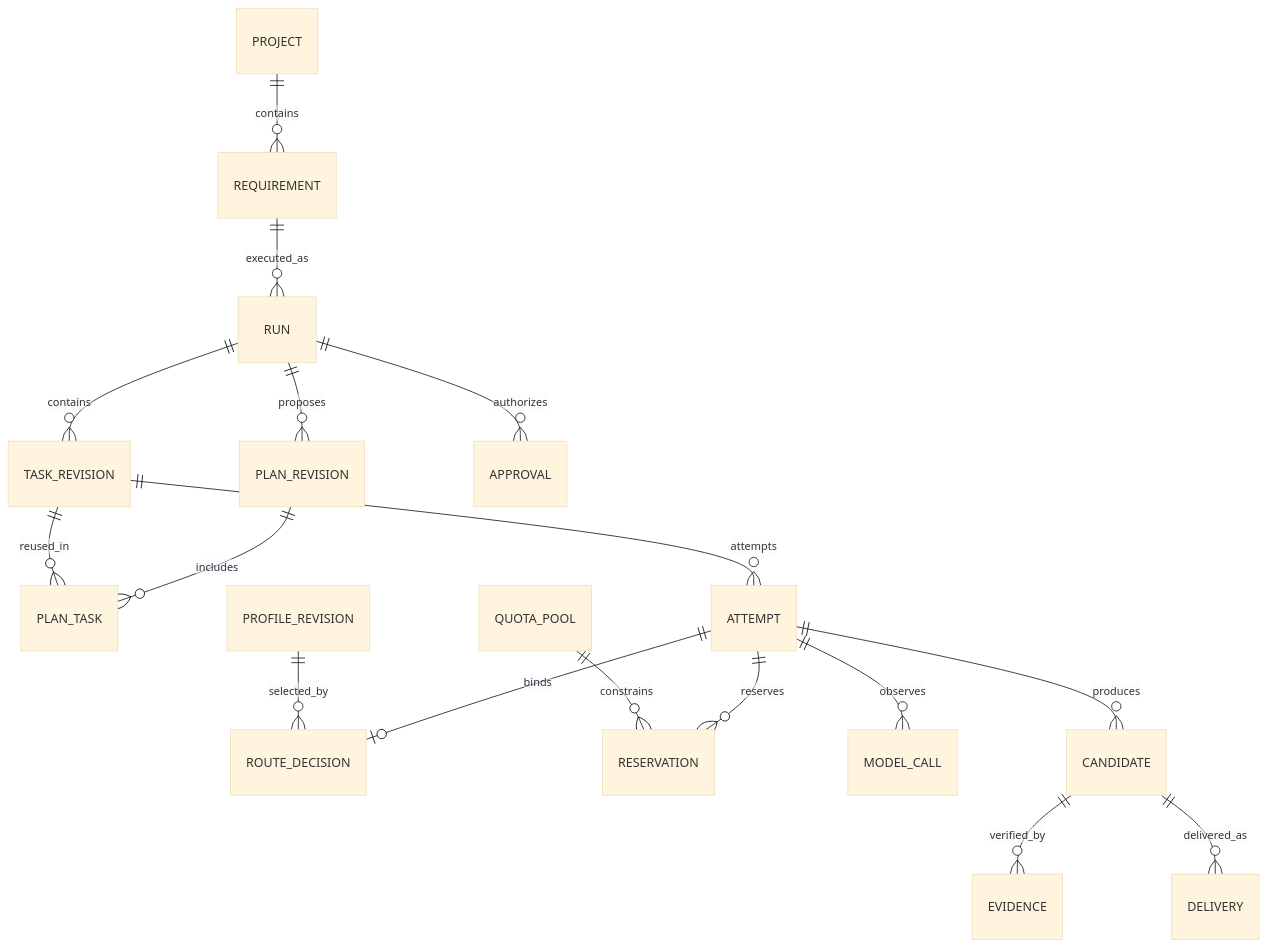
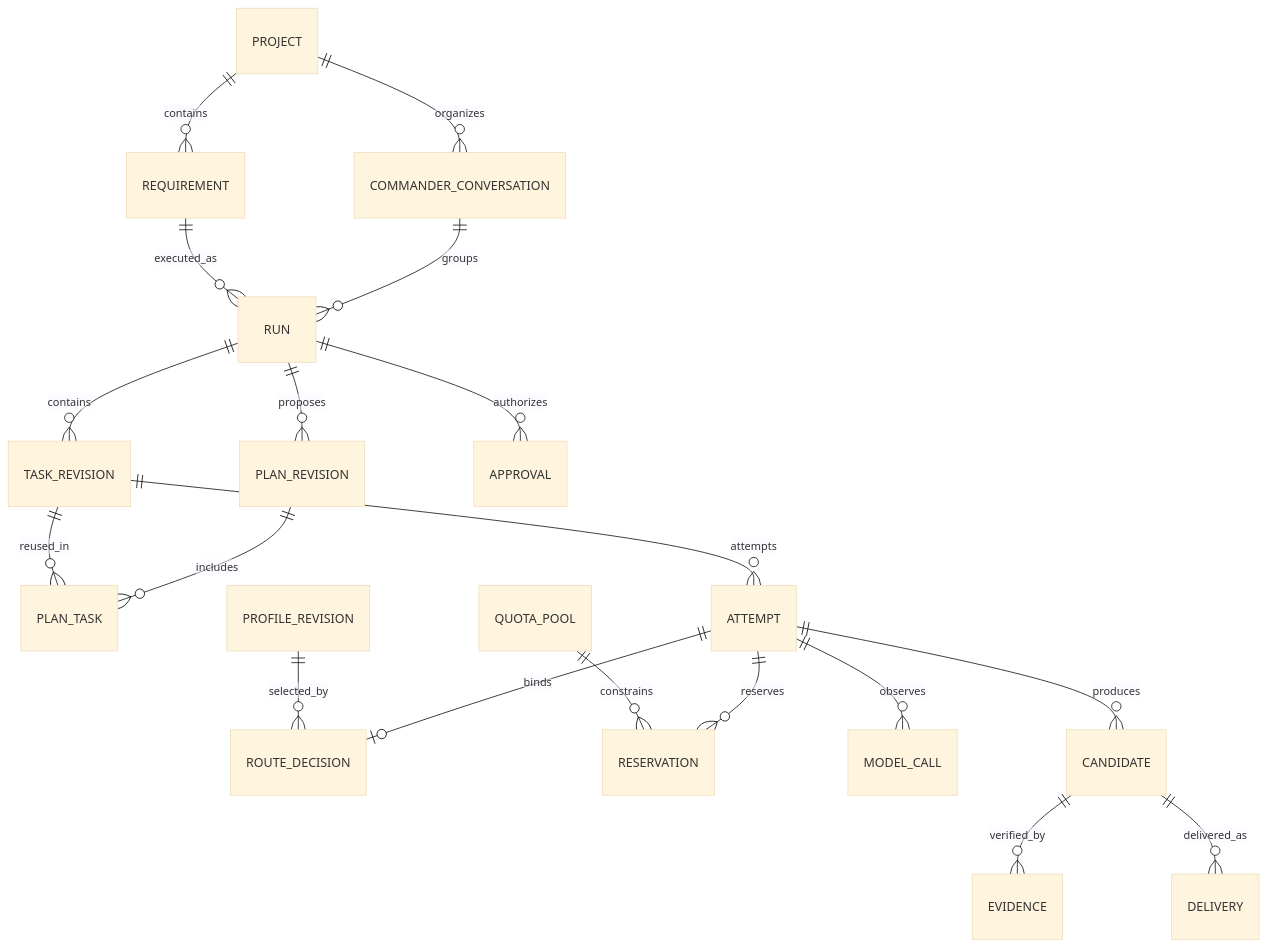
Before and after one commit to zhouy1017/Karajan: the first of 2 diagrams in docs/architecture/01-control-and-state.md, drawn with Mermaid (base theme). The commit also changed other lines of this file and 4 other files, not shown here.

````diff
--- a/docs/architecture/01-control-and-state.md
+++ b/docs/architecture/01-control-and-state.md
@@ -23,19 +24,21 @@
 ```mermaid
 erDiagram
+    PROJECT ||--o{ COMMANDER_CONVERSATION : organizes
+    COMMANDER_CONVERSATION ||--o{ RUN : groups
     PROJECT ||--o{ REQUIREMENT : contains
     REQUIREMENT ||--o{ RUN : executed_as
     RUN ||--o{ PLAN_REVISION : proposes
     RUN ||--o{ TASK_REVISION : contains
     PLAN_REVISION ||--o{ PLAN_TASK : includes
     TASK_REVISION ||--o{ PLAN_TASK : reused_in
     RUN ||--o{ APPROVAL : authorizes
     TASK_REVISION ||--o{ ATTEMPT : attempts
     ATTEMPT ||--o| ROUTE_DECISION : binds
     ATTEMPT ||--o{ RESERVATION : reserves
     ATTEMPT ||--o{ MODEL_CALL : observes
     ATTEMPT ||--o{ CANDIDATE : produces
     CANDIDATE ||--o{ EVIDENCE : verified_by
     CANDIDATE ||--o{ DELIVERY : delivered_as
     PROFILE_REVISION ||--o{ ROUTE_DECISION : selected_by
     QUOTA_POOL ||--o{ RESERVATION : constrains
 ```
````
